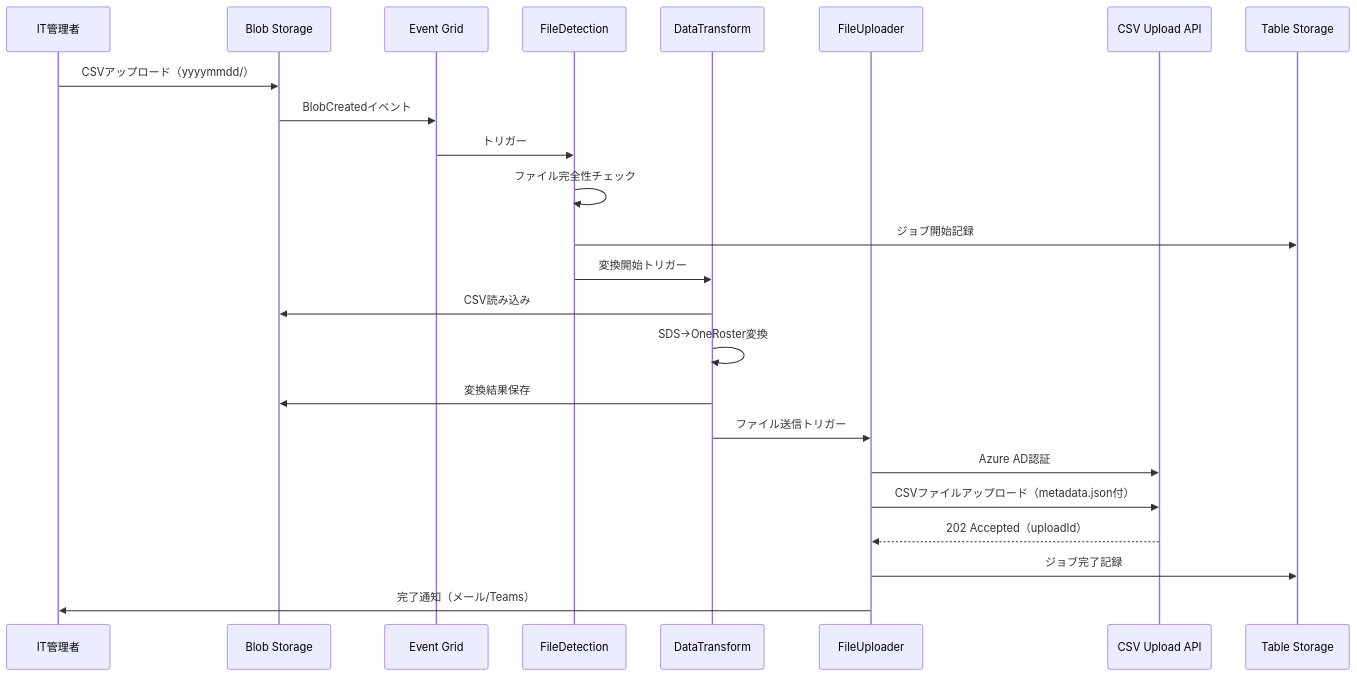
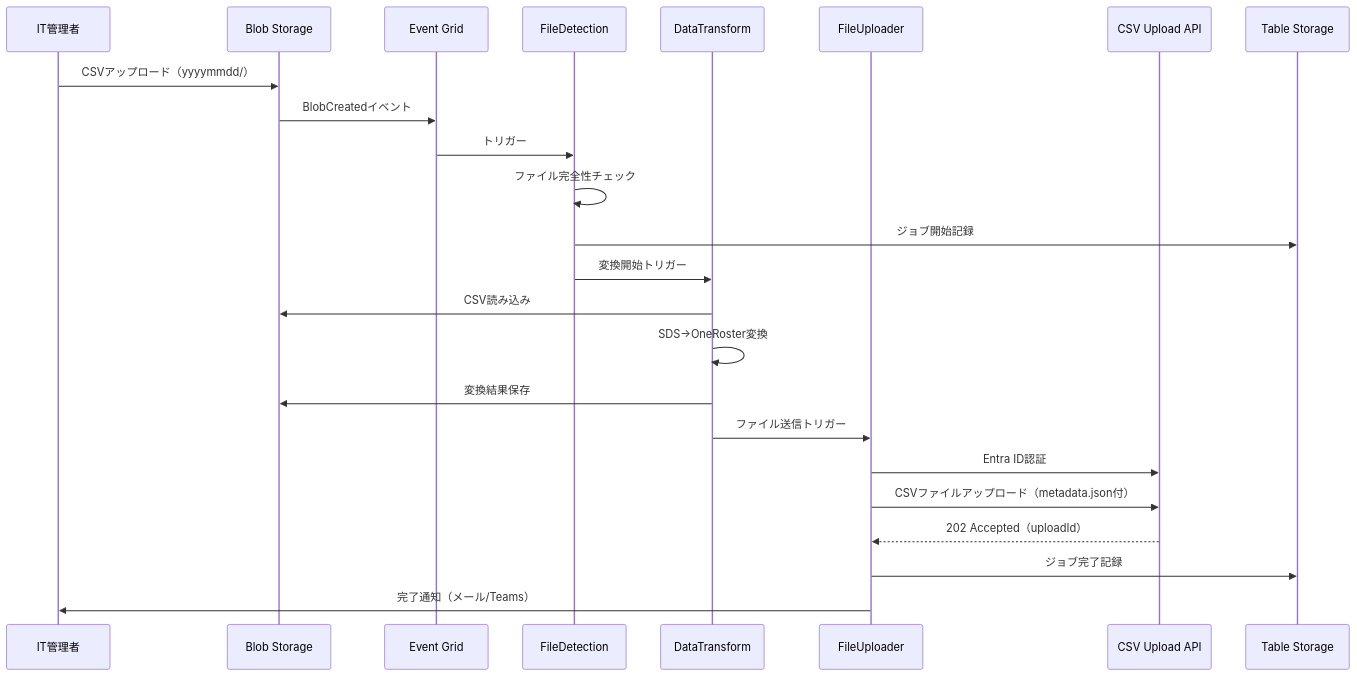
One commit to nahisaho/SDS2Roster changed the first of 3 diagrams in docs/architecture/01_architecture_overview.md. Above: the diagram before and after it, drawn with Mermaid. The commit also changed other lines of this file and 9 other files, not shown here.

First line of the commit message:
docs: Update Azure AD references to Entra ID across all documentation

````diff
--- a/docs/architecture/01_architecture_overview.md
+++ b/docs/architecture/01_architecture_overview.md
@@ -107,27 +107,27 @@
 ```mermaid
 sequenceDiagram
     participant User as IT管理者
     participant Blob as Blob Storage
     participant EG as Event Grid
     participant F1 as FileDetection
     participant F2 as DataTransform
     participant F3 as FileUploader
     participant API as CSV Upload API
     participant TS as Table Storage
     
     User->>Blob: CSVアップロード（yyyymmdd/）
     Blob->>EG: BlobCreatedイベント
     EG->>F1: トリガー
     F1->>F1: ファイル完全性チェック
     F1->>TS: ジョブ開始記録
     F1->>F2: 変換開始トリガー
     F2->>Blob: CSV読み込み
     F2->>F2: SDS→OneRoster変換
     F2->>Blob: 変換結果保存
     F2->>F3: ファイル送信トリガー
-    F3->>API: Azure AD認証
+    F3->>API: Entra ID認証
     F3->>API: CSVファイルアップロード（metadata.json付）
     API-->>F3: 202 Accepted（uploadId）
     F3->>TS: ジョブ完了記録
     F3->>User: 完了通知（メール/Teams）
 ```
````
